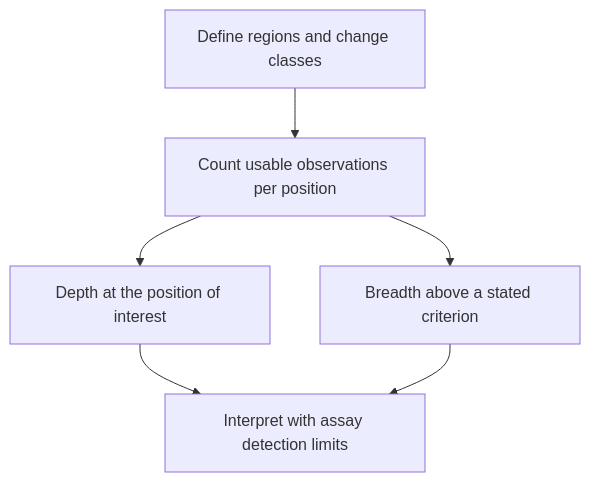
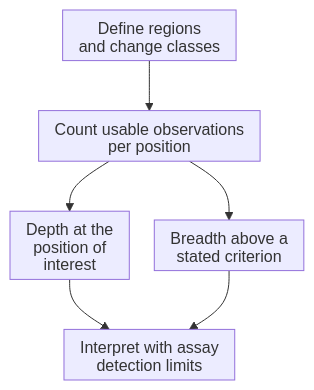
One commit to jasonLaster/oncoguide changed the diagram in wiki/education/concepts/measurement/sequencing-basics/sequencing-depth-and-coverage.md. Above: the diagram before and after it, drawn with Mermaid. The commit also changed other lines of this file and 34 other files, not shown here.

````diff
--- a/wiki/education/concepts/measurement/sequencing-basics/sequencing-depth-and-coverage.md
+++ b/wiki/education/concepts/measurement/sequencing-basics/sequencing-depth-and-coverage.md
@@ -38,8 +40,9 @@
 ```mermaid
+%%{init: {"htmlLabels":false,"flowchart":{"htmlLabels":false,"padding":8,"nodeSpacing":25}}}%%
 flowchart TD
-  A[Define regions and change classes] --> B[Count usable observations per position]
-  B --> C[Depth at the position of interest]
-  B --> D[Breadth above a stated criterion]
-  C --> E[Interpret with assay detection limits]
+  A["Define regions<br/>and change classes"] --> B["Count usable observations<br/>per position"]
+  B --> C["Depth at the<br/>position of<br/>interest"]
+  B --> D["Breadth above a<br/>stated criterion"]
+  C --> E["Interpret with assay<br/>detection limits"]
   D --> E
 ```
````
